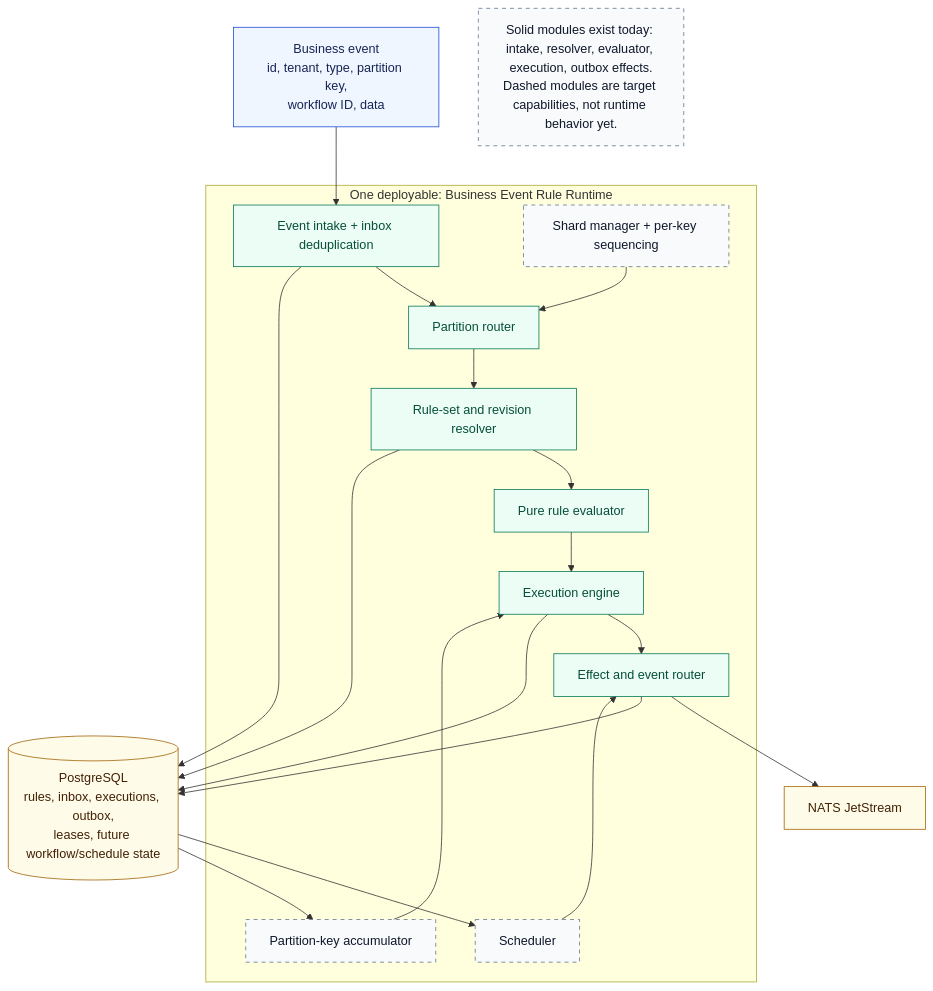
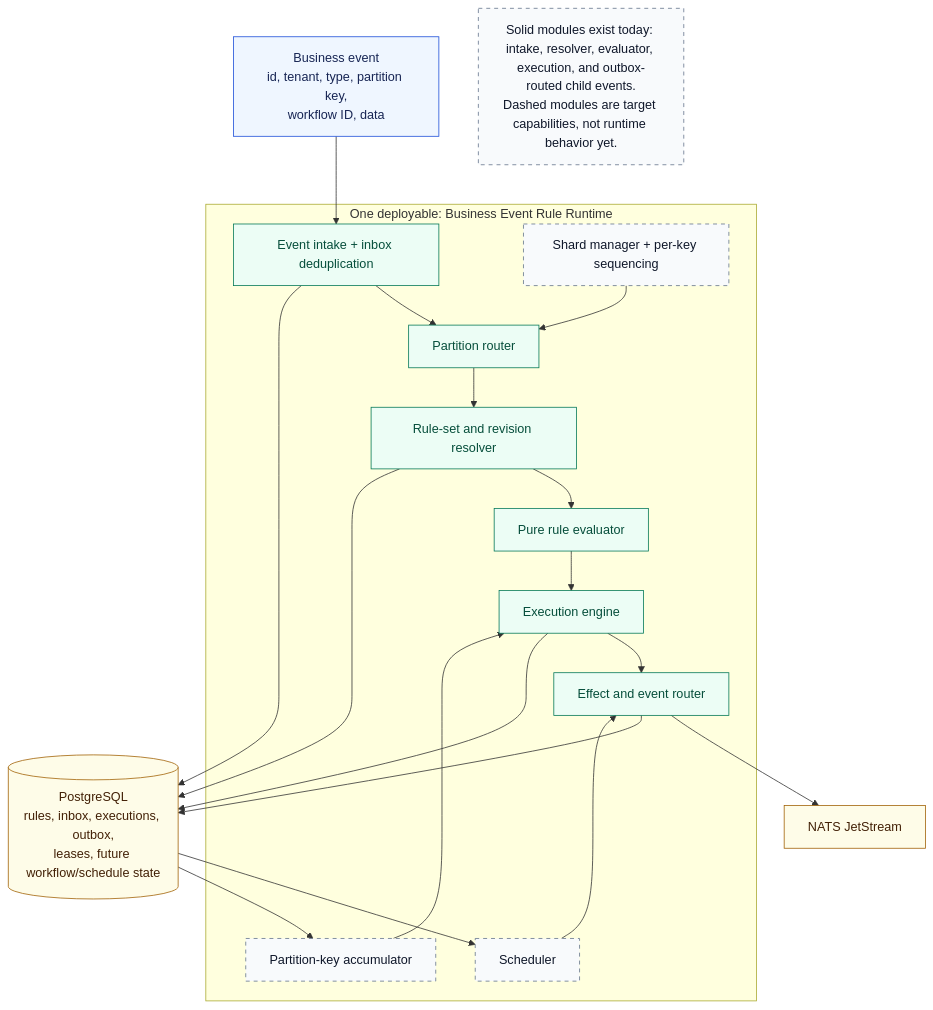
The diagram in docs/24-single-service-target.mmd (premchandkpc/kafka-simulate-rule), drawn with Mermaid before and after one commit. The commit also changed 23 other files, not shown here.

```diff
--- a/docs/24-single-service-target.mmd
+++ b/docs/24-single-service-target.mmd
@@ -1,34 +1,34 @@
 flowchart TB
     %% Target architecture. All boxes are modules in one deployable system.
     classDef runtime fill:#eff6ff,stroke:#1d4ed8,color:#172554
     classDef core fill:#ecfdf5,stroke:#047857,color:#064e3b
     classDef durable fill:#fefce8,stroke:#a16207,color:#422006
     classDef planned fill:#f8fafc,stroke:#64748b,color:#0f172a,stroke-dasharray: 5 5
 
     Event[Business event<br/>id, tenant, type, partition key,<br/>workflow ID, data]:::runtime
     subgraph Engine[One deployable: Business Event Rule Runtime]
         Intake[Event intake + inbox deduplication]:::core
         Router[Partition router]:::core
         Resolver[Rule-set and revision resolver]:::core
         Evaluator[Pure rule evaluator]:::core
         Execution[Execution engine]:::core
         Effects[Effect and event router]:::core
         Scheduler[Scheduler]:::planned
         Accumulator[Partition-key accumulator]:::planned
         Shards[Shard manager + per-key sequencing]:::planned
     end
     DB[(PostgreSQL<br/>rules, inbox, executions, outbox,<br/>leases, future workflow/schedule state)]:::durable
     NATS[NATS JetStream]:::durable
 
     Event --> Intake --> Router --> Resolver --> Evaluator --> Execution --> Effects
     Effects --> NATS
     Effects --> DB
     Intake --> DB
     Resolver --> DB
     Execution --> DB
     Scheduler --> Effects
     Accumulator --> Execution
     Shards --> Router
     DB --> Scheduler
     DB --> Accumulator
-    Note[Solid modules exist today: intake, resolver, evaluator, execution, outbox effects.<br/>Dashed modules are target capabilities, not runtime behavior yet.]:::planned
+    Note[Solid modules exist today: intake, resolver, evaluator, execution, and outbox-routed child events.<br/>Dashed modules are target capabilities, not runtime behavior yet.]:::planned
```
